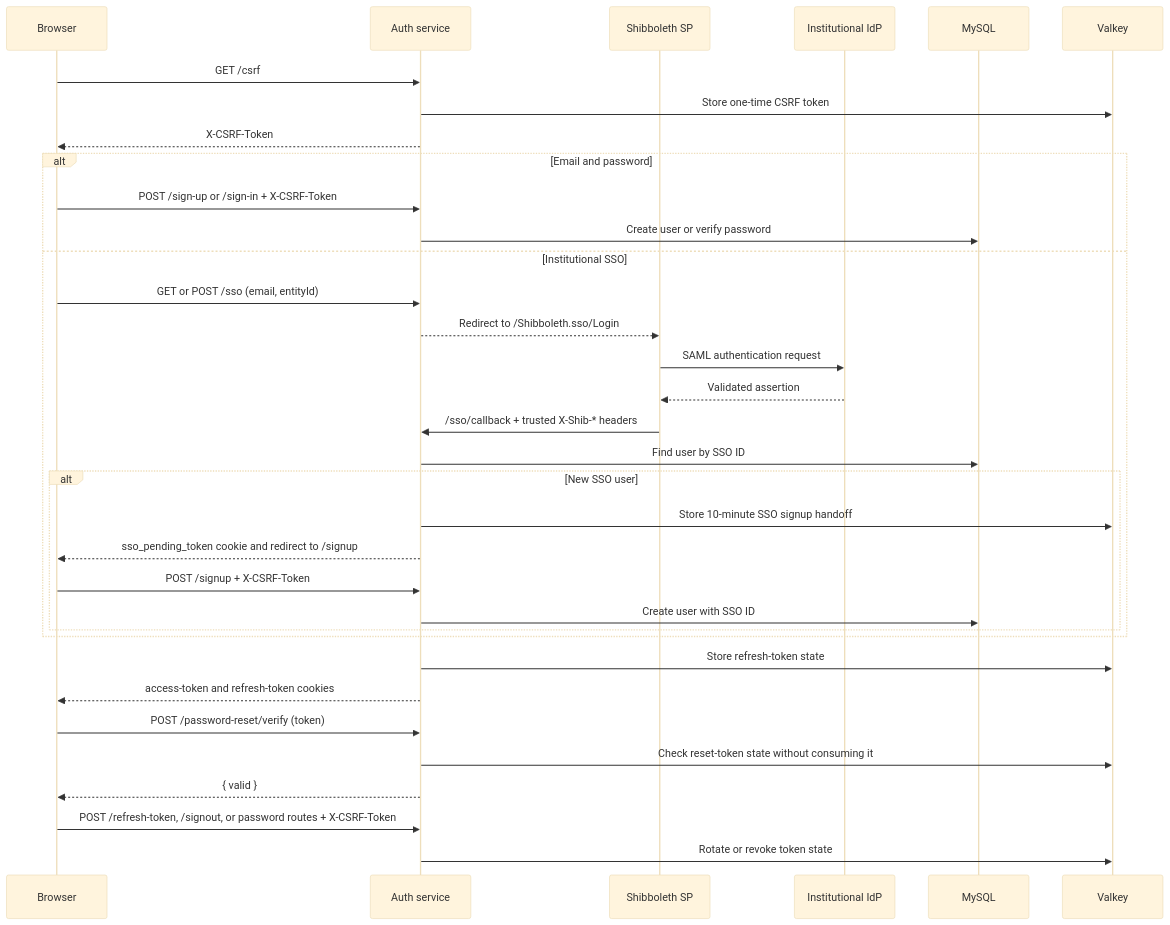
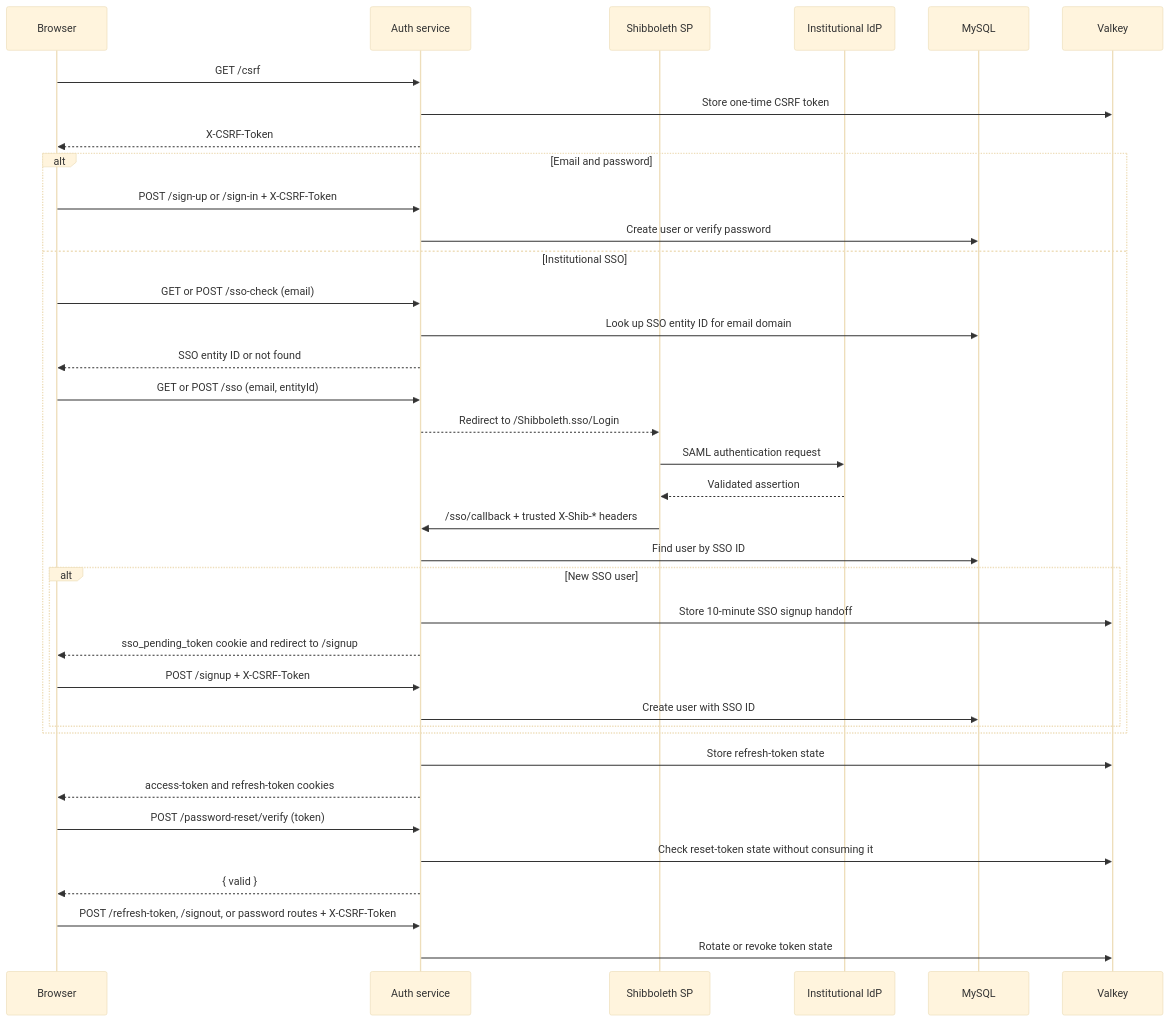
Before and after one commit to CDLUC3/dmptool-auth: the third of 3 diagrams in README.md, drawn with Mermaid (base theme). The commit also changed other lines of this file and 9 other files, not shown here.

Commit message:
adeed sso-check route

````diff
--- a/README.md
+++ b/README.md
@@ -117,37 +119,40 @@
 ```mermaid
 sequenceDiagram
     participant Browser
     participant Auth as Auth service
     participant SP as Shibboleth SP
     participant IdP as Institutional IdP
     participant MySQL
     participant Valkey
 
     Browser->>Auth: GET /csrf
     Auth->>Valkey: Store one-time CSRF token
     Auth-->>Browser: X-CSRF-Token
     alt Email and password
         Browser->>Auth: POST /sign-up or /sign-in + X-CSRF-Token
         Auth->>MySQL: Create user or verify password
     else Institutional SSO
+        Browser->>Auth: GET or POST /sso-check (email)
+        Auth->>MySQL: Look up SSO entity ID for email domain
+        Auth-->>Browser: SSO entity ID or not found
         Browser->>Auth: GET or POST /sso (email, entityId)
         Auth-->>SP: Redirect to /Shibboleth.sso/Login
         SP->>IdP: SAML authentication request
         IdP-->>SP: Validated assertion
         SP->>Auth: /sso/callback + trusted X-Shib-* headers
         Auth->>MySQL: Find user by SSO ID
         alt New SSO user
             Auth->>Valkey: Store 10-minute SSO signup handoff
             Auth-->>Browser: sso_pending_token cookie and redirect to /signup
             Browser->>Auth: POST /signup + X-CSRF-Token
             Auth->>MySQL: Create user with SSO ID
         end
     end
     Auth->>Valkey: Store refresh-token state
     Auth-->>Browser: access-token and refresh-token cookies
     Browser->>Auth: POST /password-reset/verify (token)
     Auth->>Valkey: Check reset-token state without consuming it
     Auth-->>Browser: { valid }
     Browser->>Auth: POST /refresh-token, /signout, or password routes + X-CSRF-Token
     Auth->>Valkey: Rotate or revoke token state
 ```
````
